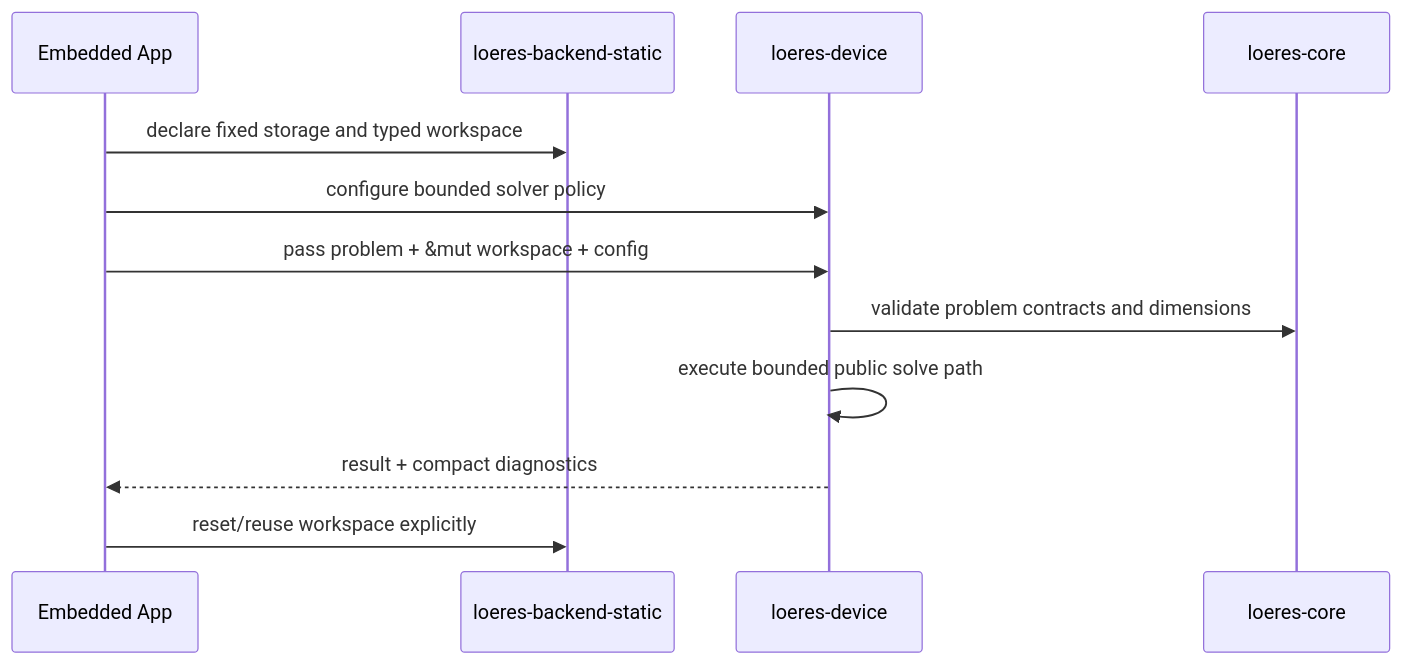
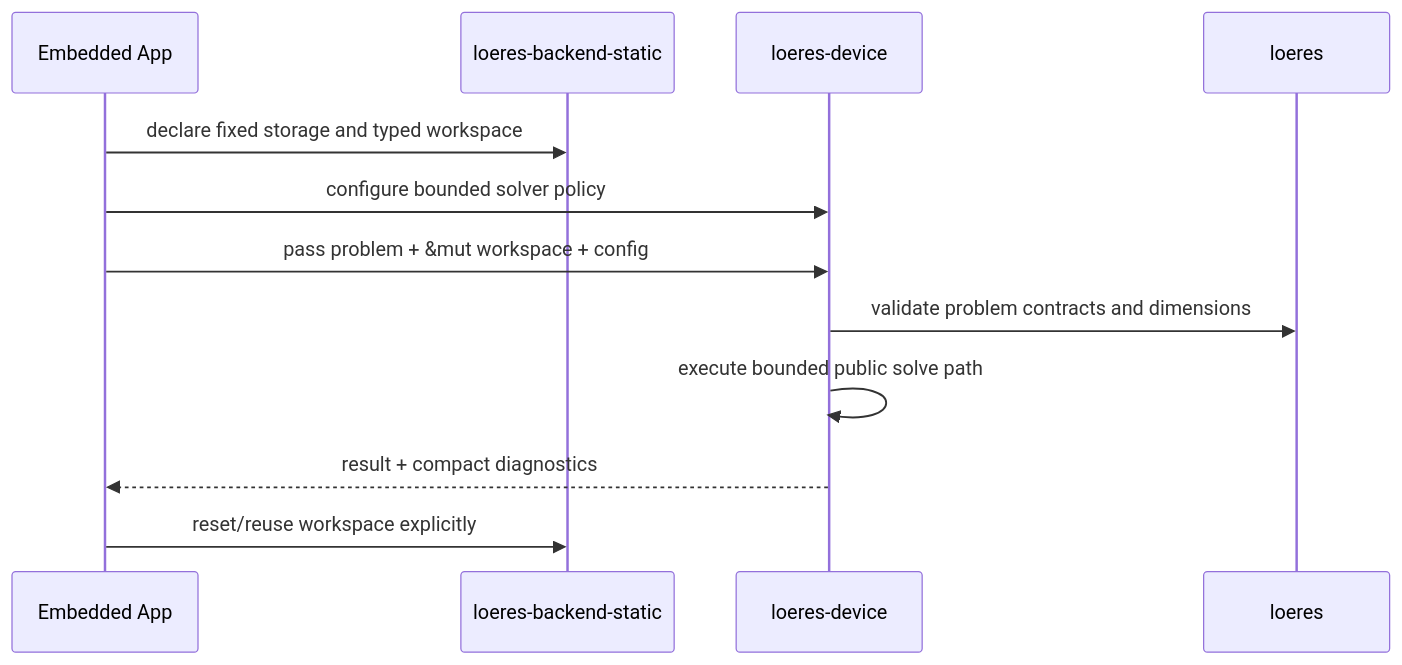
Before and after one commit to nabbisen/loeres: the fourth of 5 diagrams in docs/specs/loeres-external-design-v1.md, drawn with Mermaid. The commit also changed other lines of this file and 7 other files, not shown here.

````diff
--- a/docs/specs/loeres-external-design-v1.md
+++ b/docs/specs/loeres-external-design-v1.md
@@ -868,15 +871,15 @@
 ```mermaid
 sequenceDiagram
     participant App as Embedded App
     participant Static as loeres-backend-static
     participant Device as loeres-device
-    participant Core as loeres-core
+    participant Core as loeres
 
     App->>Static: declare fixed storage and typed workspace
     App->>Device: configure bounded solver policy
     App->>Device: pass problem + &mut workspace + config
     Device->>Core: validate problem contracts and dimensions
     Device->>Device: execute bounded public solve path
     Device-->>App: result + compact diagnostics
     App->>Static: reset/reuse workspace explicitly
 ```
````
